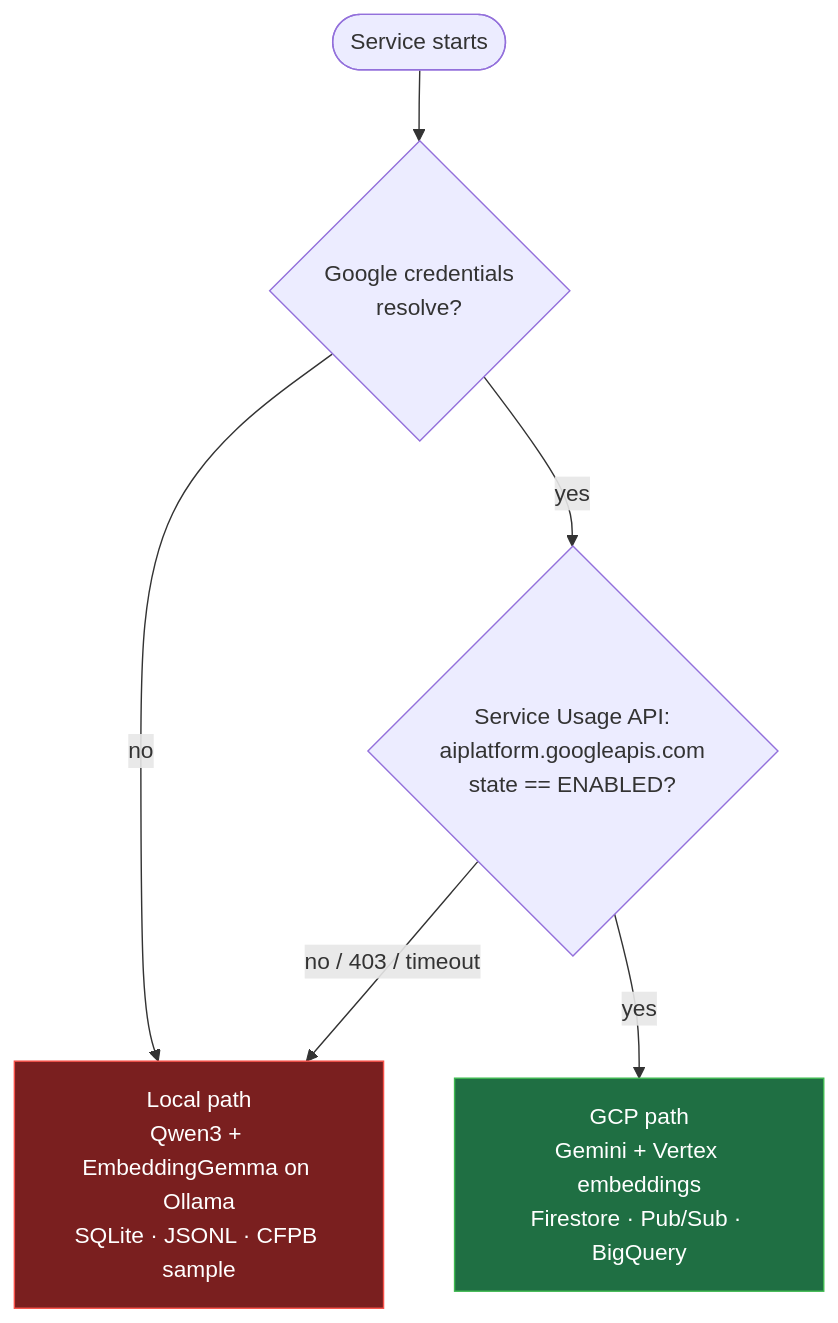
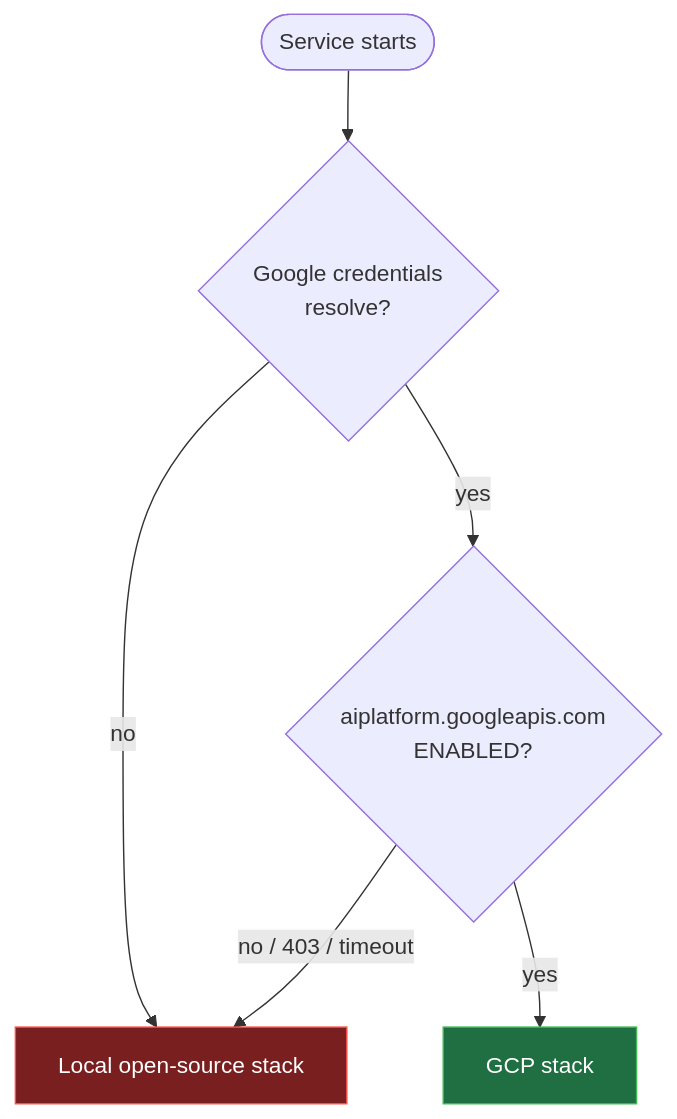
The second of 2 diagrams in README.md (daMS2005/complaint-intake-agent), drawn with Mermaid before and after one commit. The commit also changed other lines of this file, not shown here.

Commit message:
README: lead with the app, its users and the complaint flow; then sign-in and architecture

````diff
--- a/README.md
+++ b/README.md
@@ -29,16 +103,14 @@
 ```mermaid
 flowchart TD
     start([Service starts]) --> creds{Google credentials<br/>resolve?}
     creds -- no --> red
-    creds -- yes --> api{Service Usage API:<br/>aiplatform.googleapis.com<br/>state == ENABLED?}
+    creds -- yes --> api{aiplatform.googleapis.com<br/>ENABLED?}
     api -- "no / 403 / timeout" --> red
     api -- yes --> green
-
-    green["GCP path<br/>Gemini + Vertex embeddings<br/>Firestore · Pub/Sub · BigQuery"]
-    red["Local path<br/>Qwen3 + EmbeddingGemma on Ollama<br/>SQLite · JSONL · CFPB sample"]
-
+    green["GCP stack"]
+    red["Local open-source stack"]
     classDef ok fill:#1f6f43,stroke:#3fb950,color:#fff
     classDef bad fill:#7a1f1f,stroke:#f85149,color:#fff
     class green ok
     class red bad
 ```
````
